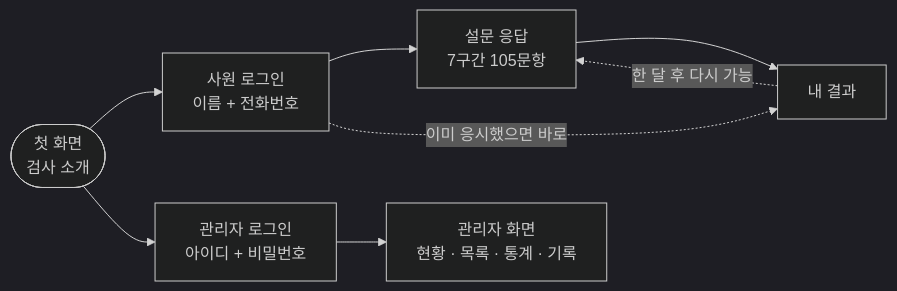
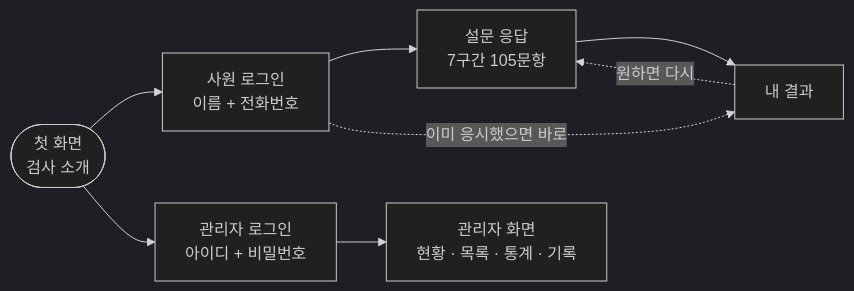
Before and after one commit to Kodol05/survey-design-docs: the first of 7 diagrams in docs/05_시스템_보고서.md, drawn with Mermaid (dark theme). The commit also changed other lines of this file and 2 other files, not shown here.

````diff
--- a/docs/05_시스템_보고서.md
+++ b/docs/05_시스템_보고서.md
@@ -21,12 +21,12 @@
 ```mermaid
 flowchart LR
   home(["첫 화면<br/>검사 소개"]) --> emp["사원 로그인<br/>이름 + 전화번호"]
   home --> adm["관리자 로그인<br/>아이디 + 비밀번호"]
 
   emp --> survey["설문 응답<br/>7구간 105문항"]
   survey --> myres["내 결과"]
   emp -.->|"이미 응시했으면 바로"| myres
-  myres -.->|"한 달 후 다시 가능"| survey
+  myres -.->|"원하면 다시"| survey
 
   adm --> admin["관리자 화면<br/>현황 · 목록 · 통계 · 기록"]
 ```
````
